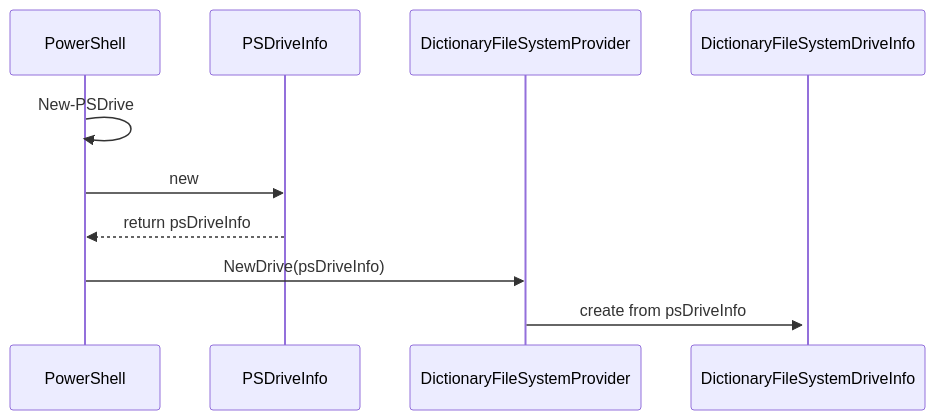
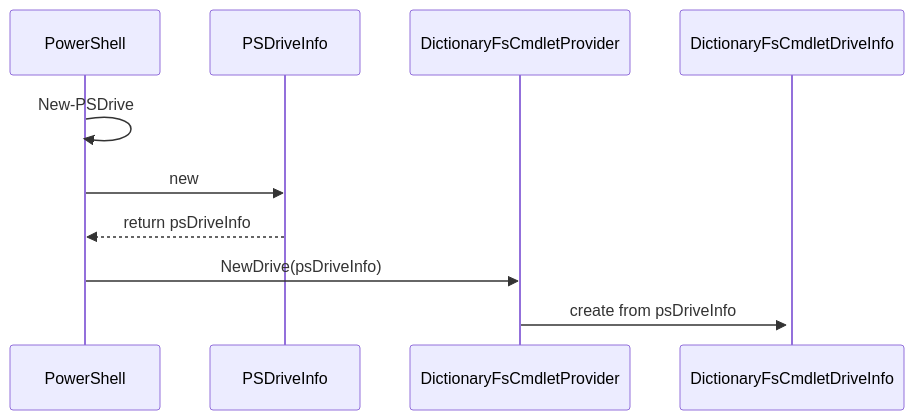
One commit to wgross/TreeStore.Core changed the diagram in src/TreeStore.DictionaryFS/readme.md. Above: the diagram before and after it, drawn with Mermaid. The commit also changed other lines of this file and 26 other files, not shown here.

````diff
--- a/src/TreeStore.DictionaryFS/readme.md
+++ b/src/TreeStore.DictionaryFS/readme.md
@@ -61,9 +45,9 @@
 ```mermaid
 sequenceDiagram
     PowerShell ->> PowerShell: New-PSDrive
     PowerShell ->> PSDriveInfo: new
     PSDriveInfo -->> PowerShell: return psDriveInfo
-    PowerShell ->> DictionaryFileSystemProvider: NewDrive(psDriveInfo)
-    DictionaryFileSystemProvider ->>+ DictionaryFileSystemDriveInfo: create from psDriveInfo
+    PowerShell ->> DictionaryFsCmdletProvider: NewDrive(psDriveInfo)
+    DictionaryFsCmdletProvider ->>+ DictionaryFsCmdletDriveInfo: create from psDriveInfo
 
 ```
````
